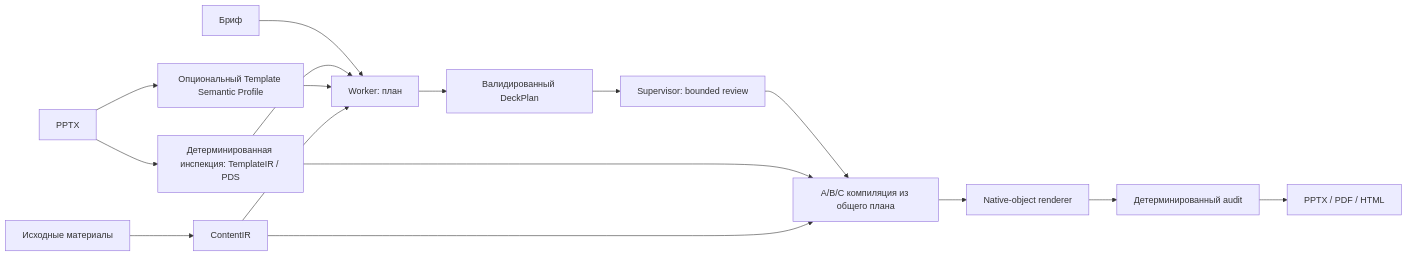
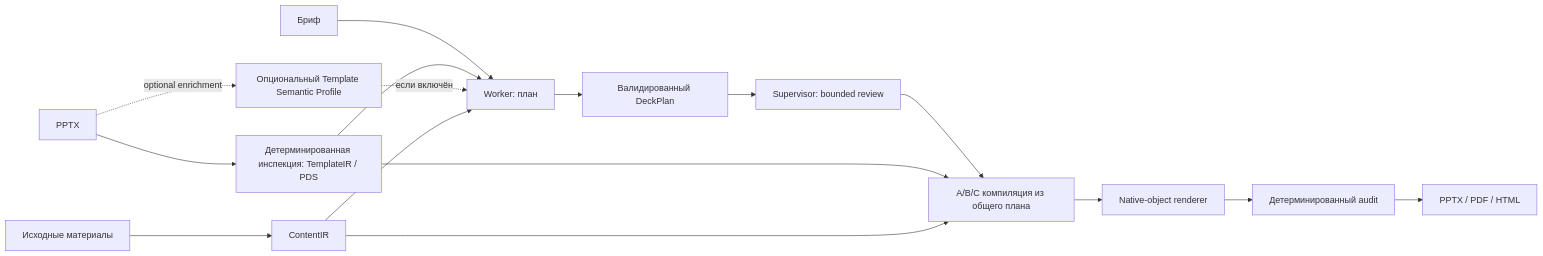
Before and after one commit to alexeikrivilev-cyber/LCT_vk: the third of 3 diagrams in ARCHITECTURE.md, drawn with Mermaid. The commit also changed other lines of this file and 17 other files, not shown here.

````diff
--- a/ARCHITECTURE.md
+++ b/ARCHITECTURE.md
@@ -45,18 +45,18 @@
 ```mermaid
 flowchart LR
   T[PPTX] --> TI[Детерминированная инспекция: TemplateIR / PDS]
-  T --> SP[Опциональный Template Semantic Profile]
+  T -. optional enrichment .-> SP[Опциональный Template Semantic Profile]
   C[Исходные материалы] --> CI[ContentIR]
   B[Бриф] --> W[Worker: план]
   TI --> W
-  SP --> W
+  SP -. если включён .-> W
   CI --> W
   W --> DP[Валидированный DeckPlan]
   DP --> S[Supervisor: bounded review]
   S --> G[A/B/C компиляция из общего плана]
   TI --> G
   CI --> G
   G --> R[Native-object renderer]
   R --> A[Детерминированный audit]
   A --> E[PPTX / PDF / HTML]
 ```
````
